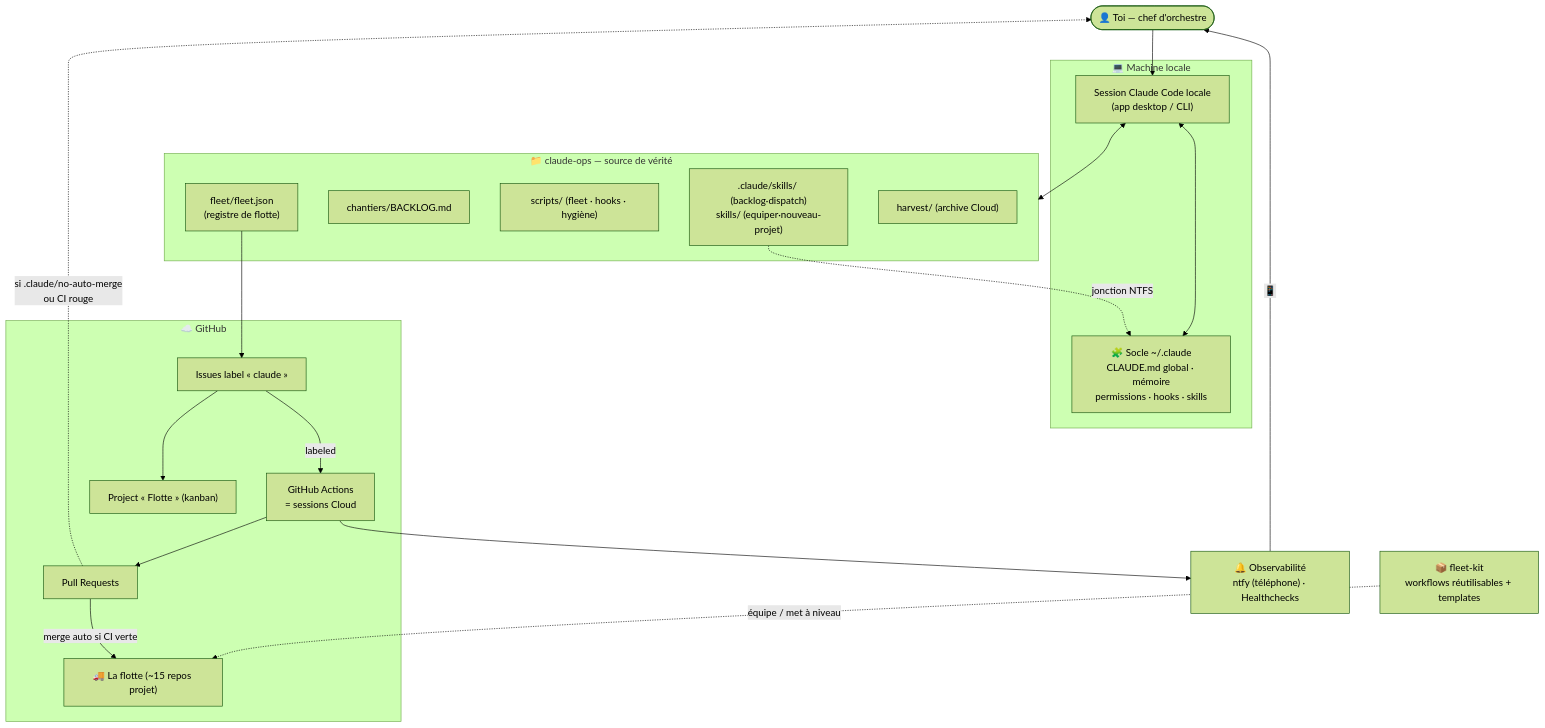
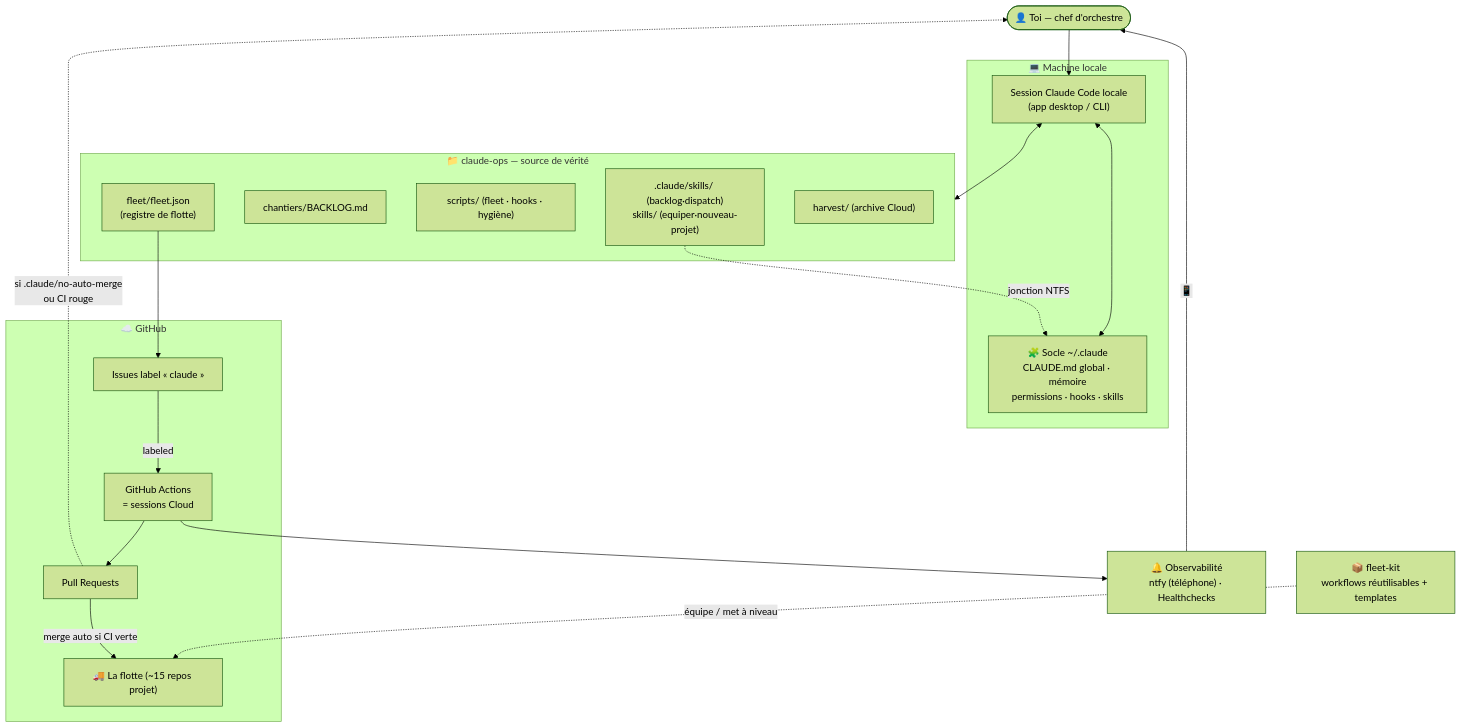
One commit to Thibaud888/claude-code-fleet changed the first of 6 diagrams in GUIDE.md. Above: the diagram before and after it, drawn with Mermaid (forest theme). The commit also changed other lines of this file and 9 other files, not shown here.

````diff
--- a/GUIDE.md
+++ b/GUIDE.md
@@ -46,41 +46,39 @@
 ```mermaid
 flowchart TB
     T(["👤 Toi — chef d'orchestre"])
 
     subgraph LOCAL["💻 Machine locale"]
         SOCLE["🧩 Socle ~/.claude<br/>CLAUDE.md global · mémoire<br/>permissions · hooks · skills"]
         SESL["Session Claude Code locale<br/>(app desktop / CLI)"]
     end
 
     subgraph OPS["📁 claude-ops — source de vérité"]
         REG["fleet/fleet.json<br/>(registre de flotte)"]
         BK["chantiers/BACKLOG.md"]
         SC["scripts/ (fleet · hooks · hygiène)"]
         SK[".claude/skills/ (backlog·dispatch)<br/>skills/ (equiper·nouveau-projet)"]
         HV["harvest/ (archive Cloud)"]
     end
 
     KIT["📦 fleet-kit<br/>workflows réutilisables + templates"]
 
     subgraph GH["☁️ GitHub"]
         FLEET["🚚 La flotte (~15 repos projet)"]
         ISS["Issues label « claude »"]
         ACT["GitHub Actions<br/>= sessions Cloud"]
         PR["Pull Requests"]
-        PROJ["Project « Flotte » (kanban)"]
     end
 
     OBS["🔔 Observabilité<br/>ntfy (téléphone) · Healthchecks"]
 
     T --> SESL
     SESL <--> SOCLE
     SESL <--> OPS
     SK -.->|jonction NTFS| SOCLE
     KIT -.->|"équipe / met à niveau"| FLEET
     REG --> ISS
     ISS -->|labeled| ACT --> PR -->|"merge auto si CI verte"| FLEET
-    ISS --> PROJ
     ACT --> OBS
     OBS -->|📱| T
     PR -.->|"si .claude/no-auto-merge<br/>ou CI rouge"| T
 ```
````
